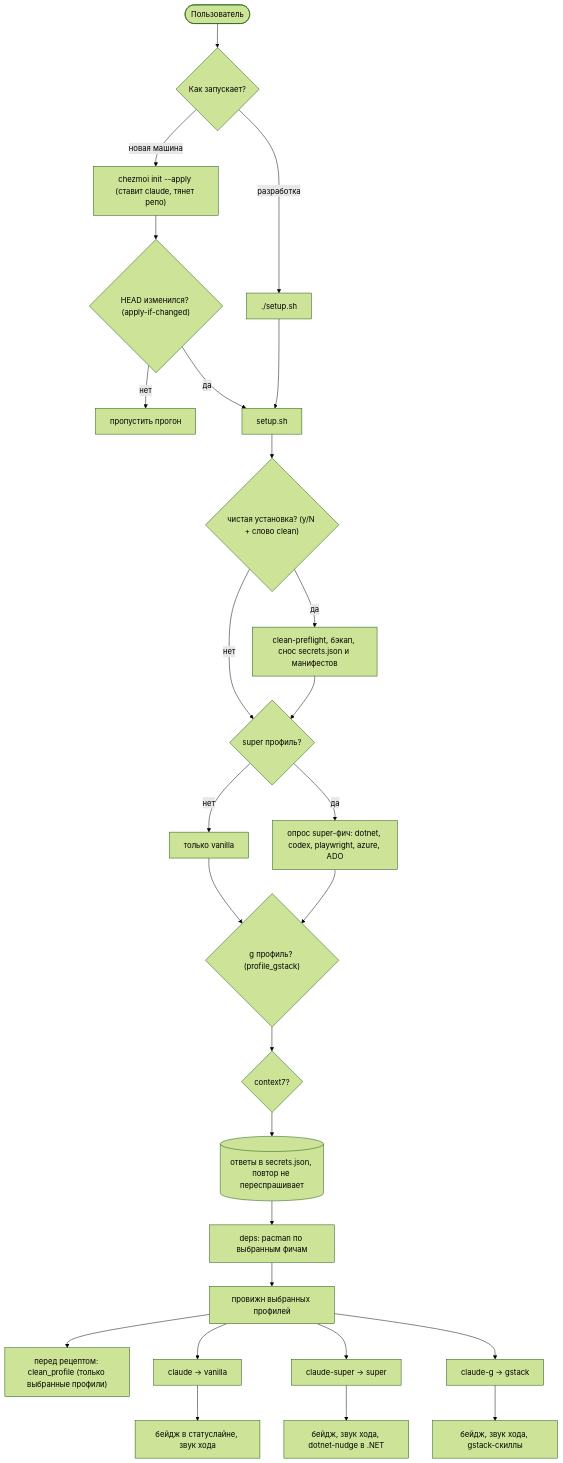
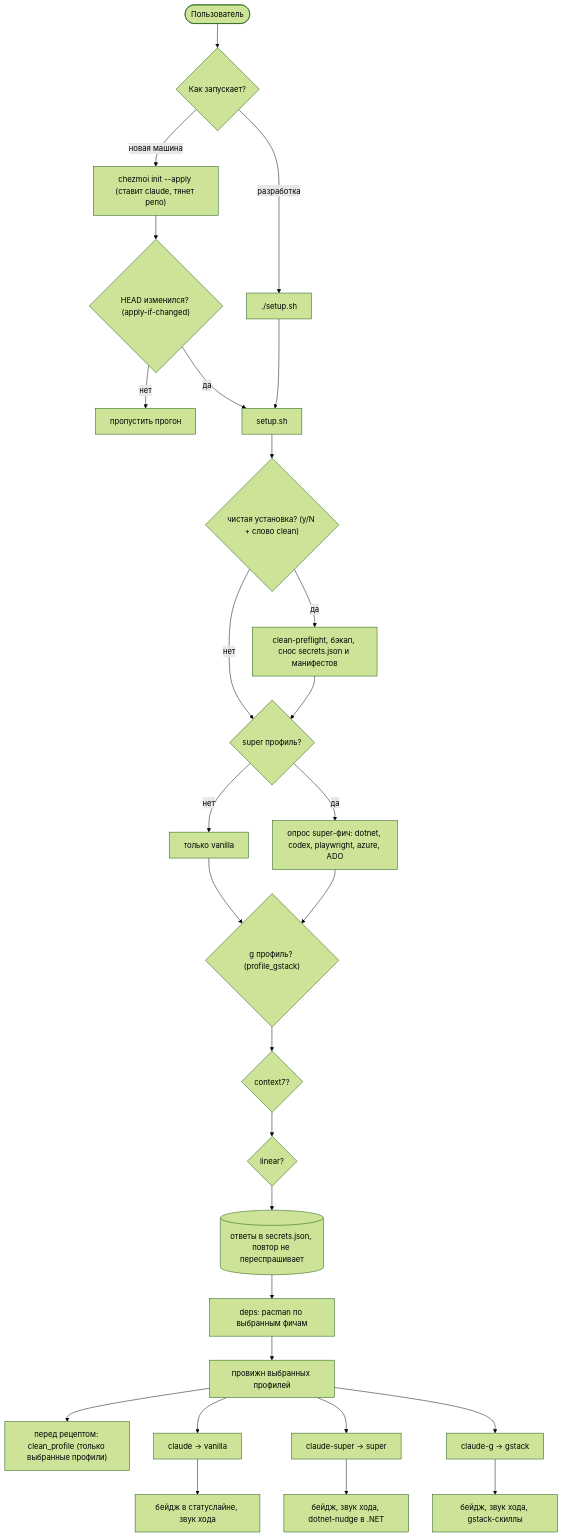
Before and after one commit to stpntkhnv/claudefiles: the diagram in docs/user-flow.md, drawn with Mermaid (forest theme). The commit also changed 3 other files, not shown here.

````diff
--- a/docs/user-flow.md
+++ b/docs/user-flow.md
@@ -7,32 +7,33 @@
 ```mermaid
 flowchart TD
   start([Пользователь]) --> how{"Как запускает?"}
   how -->|"новая машина"| chez["chezmoi init --apply (ставит claude, тянет репо)"]
   how -->|"разработка"| direct["./setup.sh"]
 
   chez --> gate{"HEAD изменился? (apply-if-changed)"}
   gate -->|нет| skip["пропустить прогон"]
   gate -->|да| run
   direct --> run["setup.sh"]
 
   run --> clean{"чистая установка? (y/N + слово clean)"}
   clean -->|да| wipe["clean-preflight, бэкап, снос secrets.json и манифестов"]
   clean -->|нет| q{"super профиль?"}
   wipe --> q
   q -->|нет| onlyv["только vanilla"]
   q -->|да| feats["опрос super-фич: dotnet, codex, playwright, azure, ADO"]
   onlyv --> g{"g профиль? (profile_gstack)"}
   feats --> g
   g --> c7{"context7?"}
-  c7 --> persist[("ответы в secrets.json, повтор не переспрашивает")]
+  c7 --> lin{"linear?"}
+  lin --> persist[("ответы в secrets.json, повтор не переспрашивает")]
 
   persist --> deps["deps: pacman по выбранным фичам"]
   deps --> provision["провижн выбранных профилей"]
   provision --> cp["перед рецептом: clean_profile (только выбранные профили)"]
   provision --> out1["claude -> vanilla"]
   provision --> out2["claude-super -> super"]
   provision --> out3["claude-g -> gstack"]
   out1 --> ux1["бейдж в статуслайне, звук хода"]
   out2 --> ux2["бейдж, звук хода, dotnet-nudge в .NET"]
   out3 --> ux3["бейдж, звук хода, gstack-скиллы"]
 ```
````
